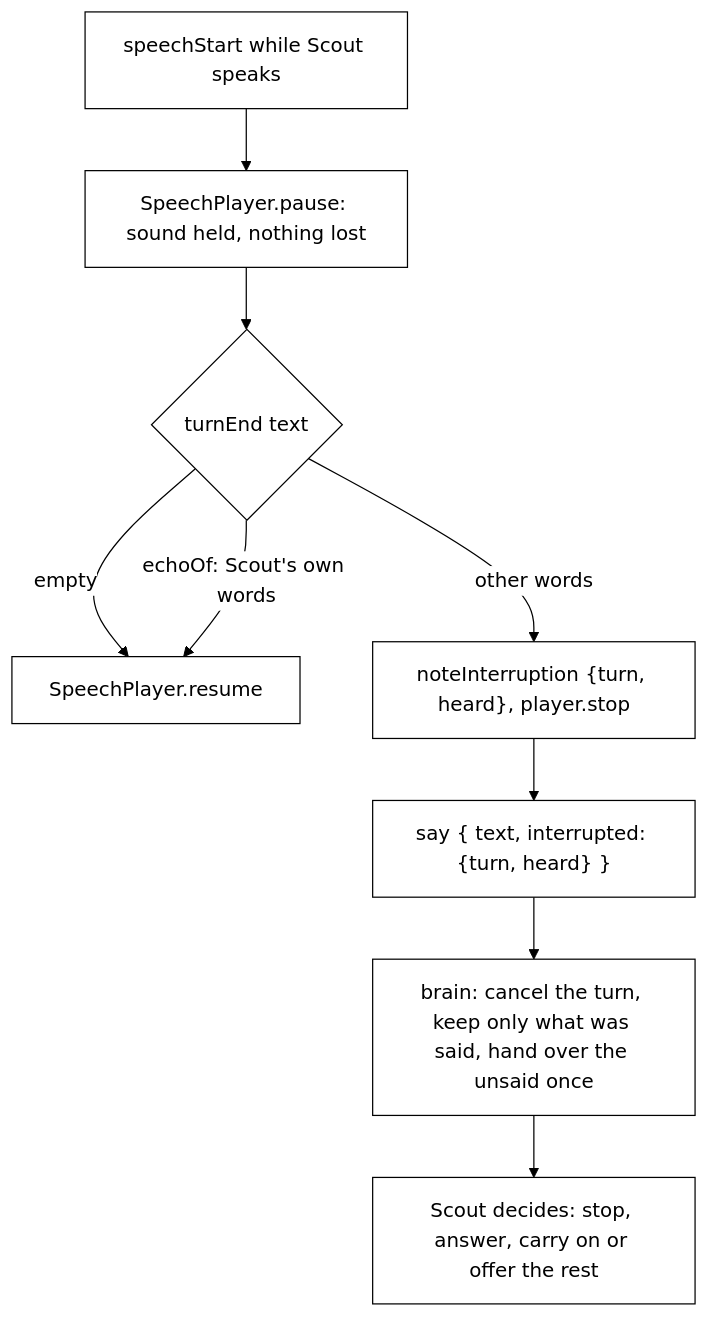
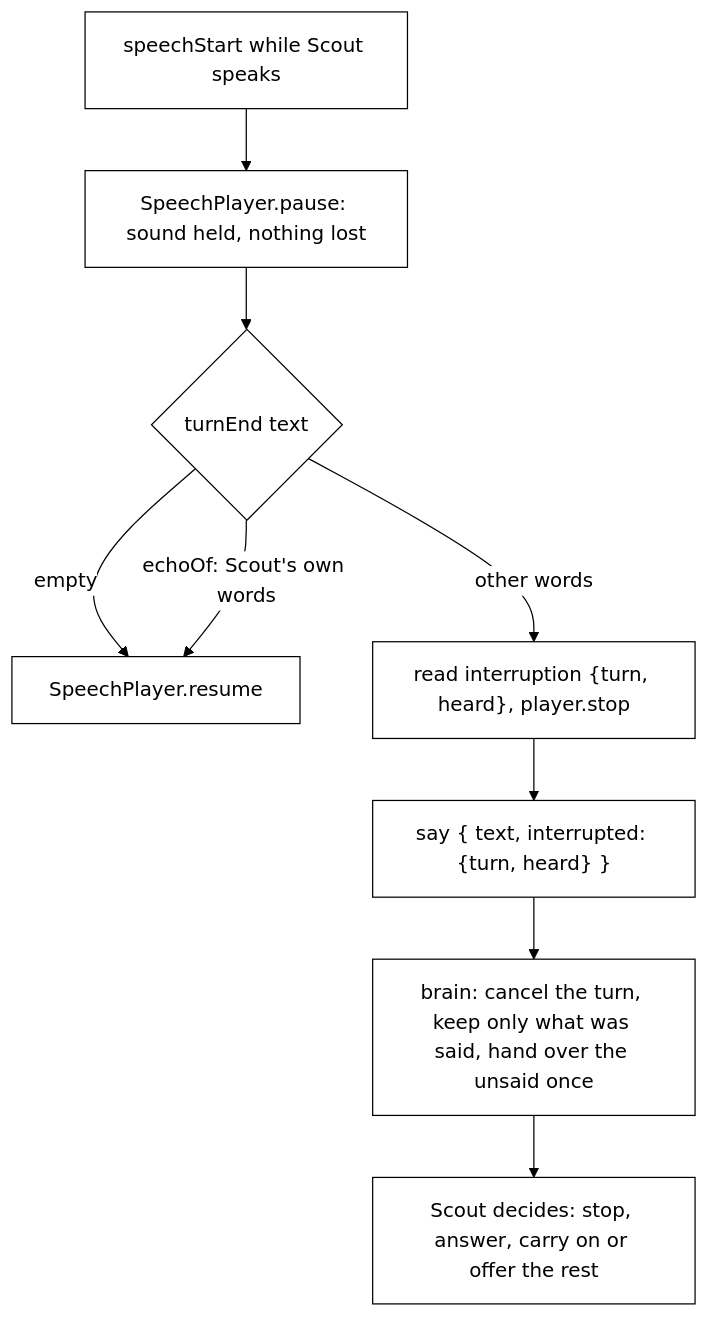
The third of 4 diagrams in docs/voice.md (nadeem4/tagalong), drawn with Mermaid before and after one commit. The commit also changed other lines of this file and 21 other files, not shown here.

````diff
--- a/docs/voice.md
+++ b/docs/voice.md
@@ -419,12 +422,12 @@
 ```mermaid
 %%{init: {'theme':'base','themeVariables':{'primaryColor':'#ffffff','primaryTextColor':'#000000','primaryBorderColor':'#000000','lineColor':'#000000'}}}%%
 flowchart TD
   A["speechStart while Scout speaks"] --> B["SpeechPlayer.pause: sound held, nothing lost"]
   B --> C{"turnEnd text"}
   C -->|"empty"| R["SpeechPlayer.resume"]
   C -->|"echoOf: Scout's own words"| R
-  C -->|"other words"| D["noteInterruption {turn, heard}, player.stop"]
+  C -->|"other words"| D["read interruption {turn, heard}, player.stop"]
   D --> E["say { text, interrupted: {turn, heard} }"]
   E --> F["brain: cancel the turn, keep only what was said, hand over the unsaid once"]
   F --> G["Scout decides: stop, answer, carry on or offer the rest"]
 ```
````
